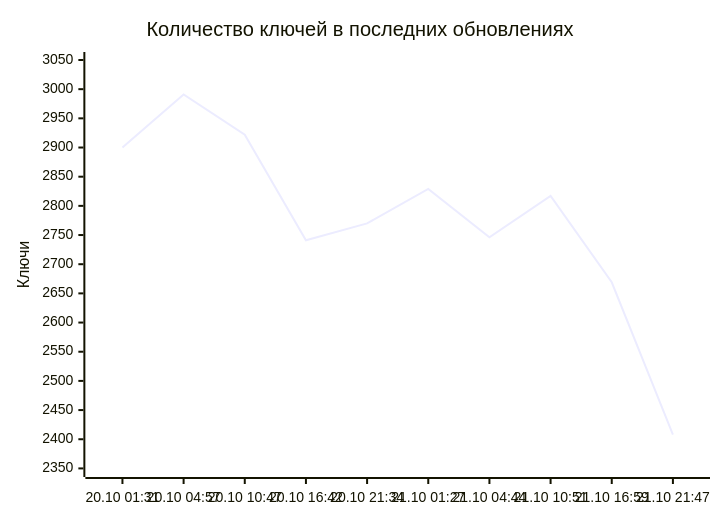
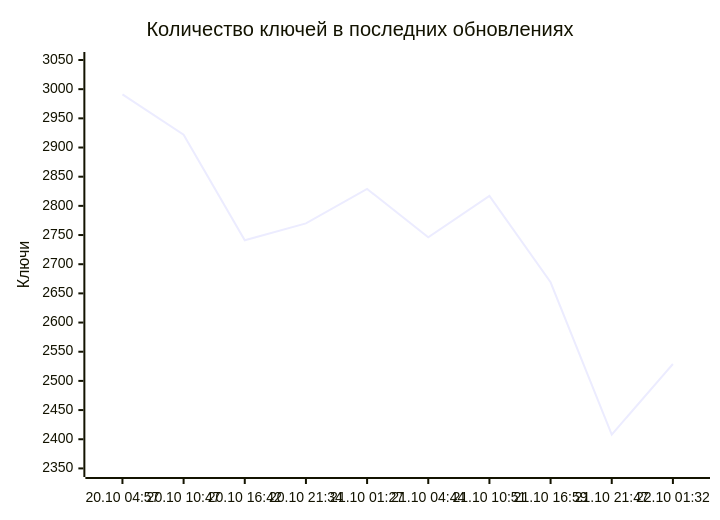
The diagram in README.md (markKikhtenko/WireVeil), drawn with Mermaid before and after one commit. The commit also changed other lines of this file and 12 other files, not shown here.

````diff
--- a/README.md
+++ b/README.md
@@ -55,7 +55,7 @@
 ```mermaid
 xychart-beta
     title "Количество ключей в последних обновлениях"
-    x-axis ["20.10 01:31", "20.10 04:57", "20.10 10:47", "20.10 16:42", "20.10 21:34", "21.10 01:27", "21.10 04:44", "21.10 10:51", "21.10 16:59", "21.10 21:47"]
+    x-axis ["20.10 04:57", "20.10 10:47", "20.10 16:42", "20.10 21:34", "21.10 01:27", "21.10 04:44", "21.10 10:51", "21.10 16:59", "21.10 21:47", "22.10 01:32"]
     y-axis "Ключи" 2349 --> 3050
-    line [2900, 2991, 2922, 2741, 2770, 2829, 2746, 2817, 2669, 2408]
+    line [2991, 2922, 2741, 2770, 2829, 2746, 2817, 2669, 2408, 2529]
 ```
````
